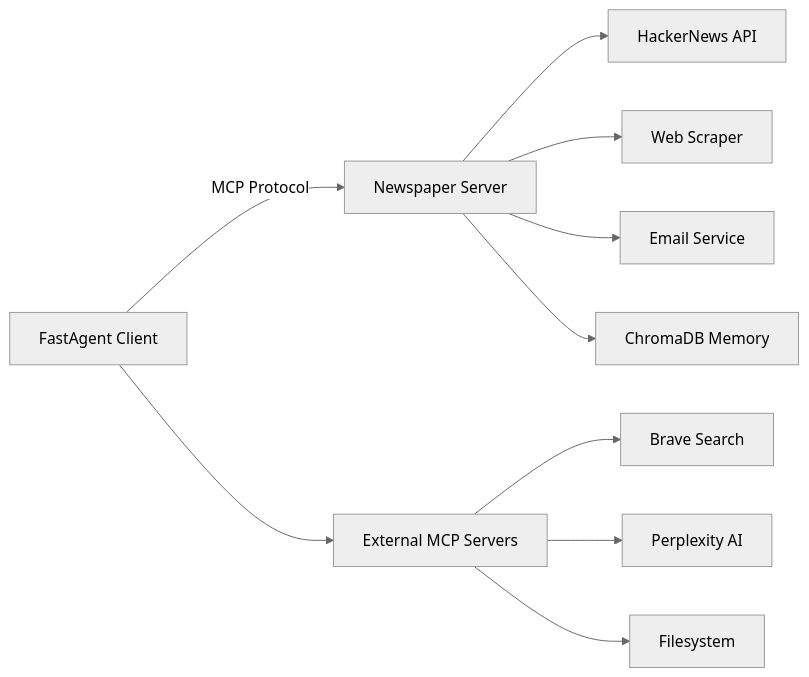
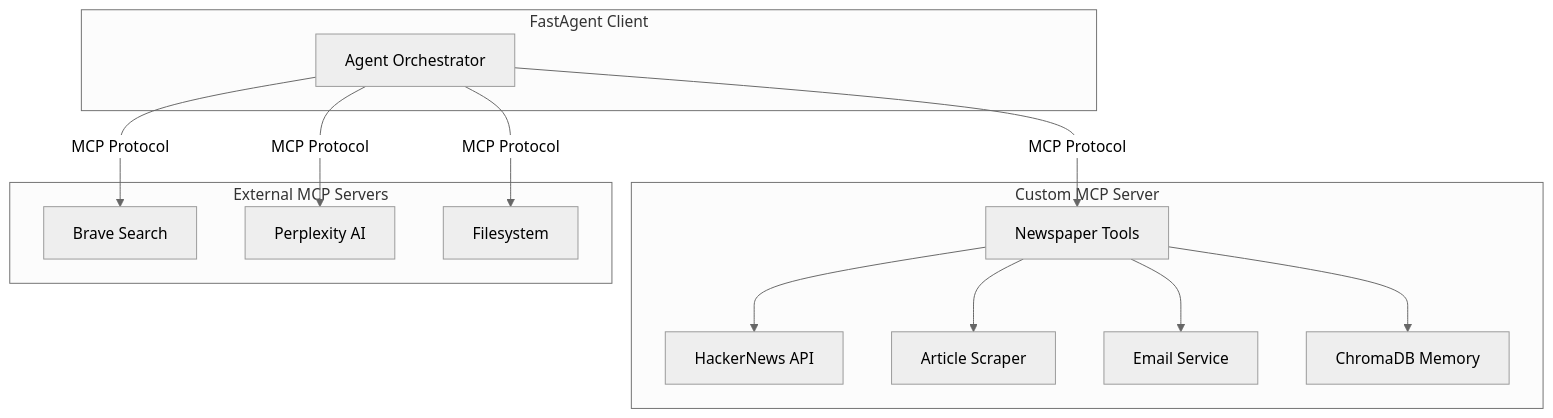
The first of 5 diagrams in README.md (adityaarunsinghal/agentic-ai-workshop-2025), drawn with Mermaid (neutral theme) before and after one commit. The commit also changed other lines of this file and 1 other file, not shown here.

````diff
--- a/README.md
+++ b/README.md
@@ -27,12 +216,29 @@
 ```mermaid
-graph LR
-    A[FastAgent Client] -->|MCP Protocol| B[Newspaper Server]
-    B --> C[HackerNews API]
-    B --> D[Web Scraper]
-    B --> E[Email Service]
-    B --> F[ChromaDB Memory]
-    A --> G[External MCP Servers]
-    G --> H[Brave Search]
-    G --> I[Perplexity AI]
-    G --> J[Filesystem]
+graph TB
+    subgraph Client["FastAgent Client"]
+        A[Agent Orchestrator]
+    end
+
+    subgraph Custom["Custom MCP Server"]
+        B[Newspaper Tools]
+        C[HackerNews API]
+        D[Article Scraper]
+        E[Email Service]
+        F[ChromaDB Memory]
+    end
+
+    subgraph External["External MCP Servers"]
+        G[Brave Search]
+        H[Perplexity AI]
+        I[Filesystem]
+    end
+
+    A -->|MCP Protocol| B
+    B --> C
+    B --> D
+    B --> E
+    B --> F
+    A -->|MCP Protocol| G
+    A -->|MCP Protocol| H
+    A -->|MCP Protocol| I
 ```
````
